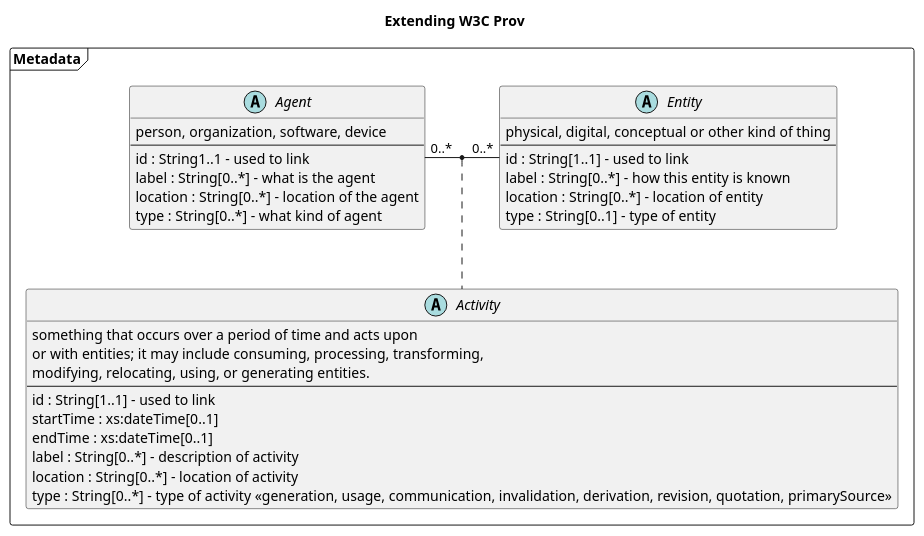
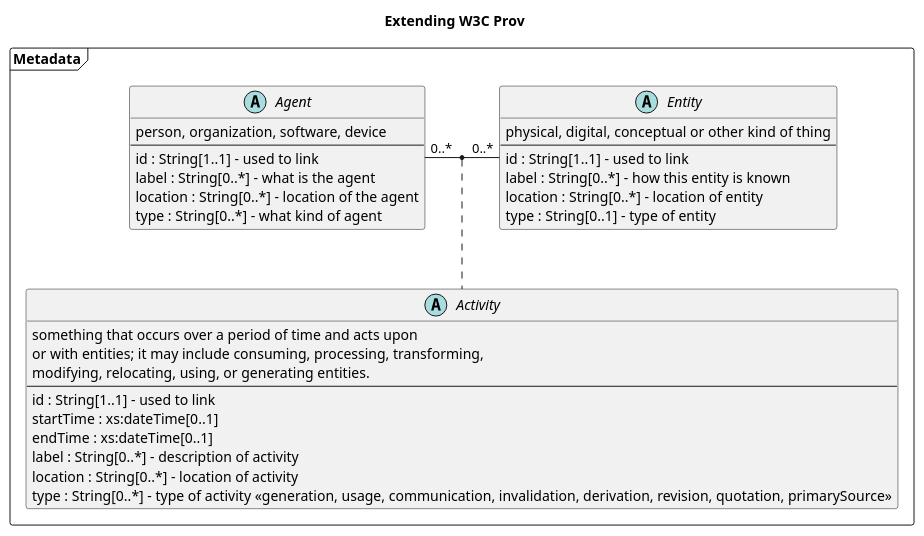
The diagram in metadata-w3cprov.plantuml (JohnMoehrke/Metadata), drawn with PlantUML before and after one commit. The commit also changed 1 other file, not shown here.

```diff
--- a/metadata-w3cprov.plantuml
+++ b/metadata-w3cprov.plantuml
@@ -1,44 +1,44 @@
 @startuml 
 title Extending W3C Prov 
 
 
 package Metadata <<Frame>>{
     Agent "0..*" - "0..*" Entity 
     (Agent, Entity) .. Activity
 
 
 abstract class Agent {
     person, organization, software, device
     --
-    id : String1..1 - used to link
+    id : String[1..1] - used to link
     label : String[0..*] - what is the agent
     location : String[0..*] - location of the agent
     type : String[0..*] - what kind of agent
 }
 
 abstract class Entity {
     physical, digital, conceptual or other kind of thing
     --
     id : String[1..1] - used to link
     label : String[0..*] - how this entity is known
     location : String[0..*] - location of entity
     type : String[0..1] - type of entity
 }
 
 abstract class Activity {
     something that occurs over a period of time and acts upon
      or with entities; it may include consuming, processing, transforming, 
      modifying, relocating, using, or generating entities.
     --
     id : String[1..1] - used to link
     startTime : xs:dateTime[0..1]
     endTime : xs:dateTime[0..1]
     label : String[0..*] - description of activity
     location : String[0..*] - location of activity
     type : String[0..*] - type of activity <<generation, usage, communication, invalidation, derivation, revision, quotation, primarySource>>
 }
 
 }
 
 
 @enduml
```
